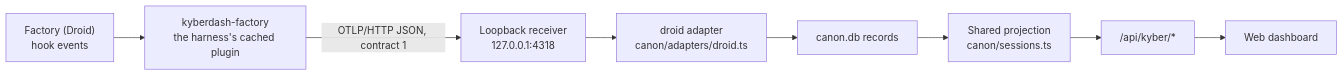
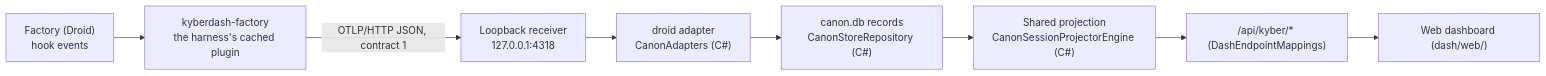
Before and after one commit to dpalfery/kyber-weave: the fourth of 5 diagrams in docs/dash/architecture.md, drawn with Mermaid. The commit also changed other lines of this file and 1207 other files, not shown here.

Commit message:
feat(dash): cut over KyberDash to Clean Architecture C# solution and retire legacy engine

````diff
--- a/docs/dash/architecture.md
+++ b/docs/dash/architecture.md
@@ -552,10 +487,10 @@
 ```mermaid
 flowchart LR
     Host["Factory (Droid)<br/>hook events"] --> Plugin["kyberdash-factory<br/>the harness's cached plugin"]
     Plugin -->|"OTLP/HTTP JSON, contract 1"| Receiver["Loopback receiver<br/>127.0.0.1:4318"]
-    Receiver --> Adapter["droid adapter<br/>canon/adapters/droid.ts"]
-    Adapter --> Store["canon.db records"]
-    Store --> Projection["Shared projection<br/>canon/sessions.ts"]
-    Projection --> API["/api/kyber/*"]
-    API --> Dashboard["Web dashboard"]
+    Receiver --> Adapter["droid adapter<br/>CanonAdapters (C#)"]
+    Adapter --> Store["canon.db records<br/>CanonStoreRepository (C#)"]
+    Store --> Projection["Shared projection<br/>CanonSessionProjectorEngine (C#)"]
+    Projection --> API["/api/kyber/* (DashEndpointMappings)"]
+    API --> Dashboard["Web dashboard (dash/web/)"]
 ```
````
